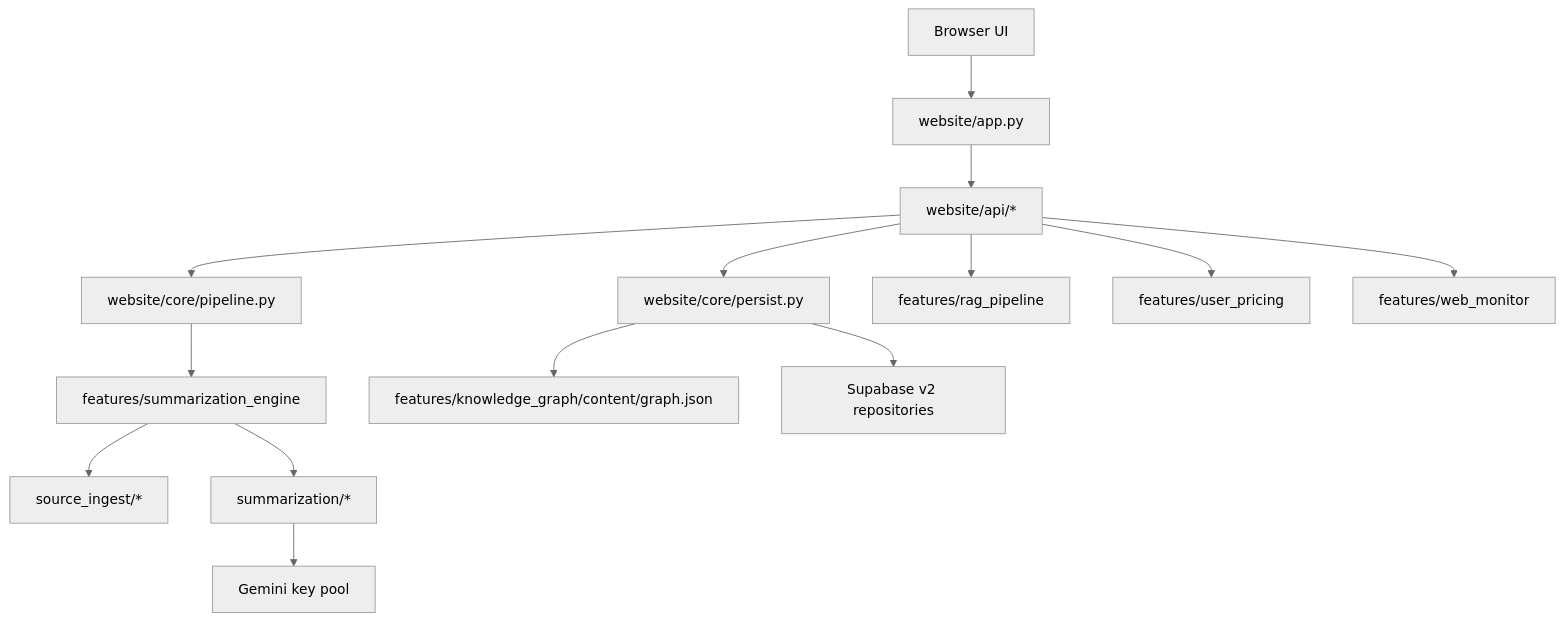
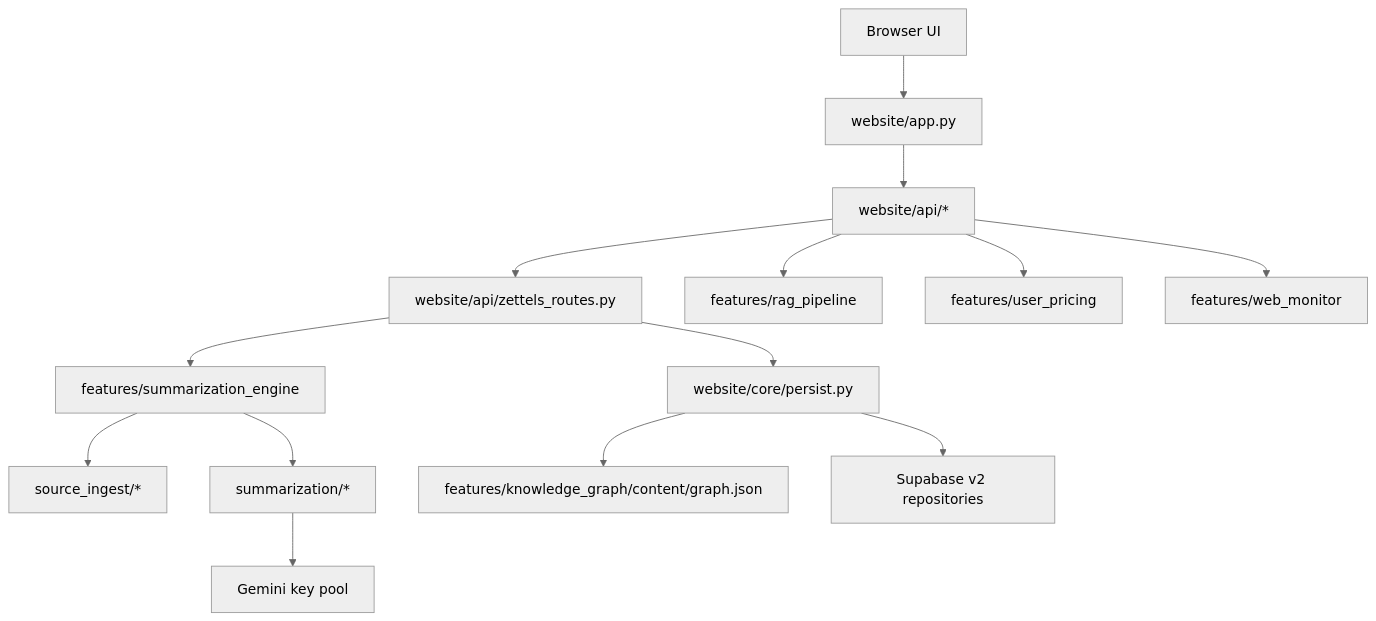
Before and after one commit to EdgerunnersAI/Zettelkasten: the third of 3 diagrams in README.md, drawn with Mermaid (neutral theme). The commit also changed other lines of this file and 55 other files, not shown here.

````diff
--- a/README.md
+++ b/README.md
@@ -102,16 +102,16 @@
 ```mermaid
 flowchart TB
     Browser["Browser UI"] --> FastAPI["website/app.py"]
     FastAPI --> Routes["website/api/*"]
-    Routes --> Pipeline["website/core/pipeline.py"]
-    Pipeline --> Engine["features/summarization_engine"]
+    Routes --> AddZettel["website/api/zettels_routes.py"]
+    AddZettel --> Engine["features/summarization_engine"]
     Engine --> Ingestors["source_ingest/*"]
     Engine --> Summarizers["summarization/*"]
     Summarizers --> Gemini["Gemini key pool"]
-    Routes --> Persist["website/core/persist.py"]
+    AddZettel --> Persist["website/core/persist.py"]
     Persist --> FileGraph["features/knowledge_graph/content/graph.json"]
     Persist --> Supabase["Supabase v2 repositories"]
     Routes --> RAG["features/rag_pipeline"]
     Routes --> Pricing["features/user_pricing"]
     Routes --> Monitor["features/web_monitor"]
 ```
````
